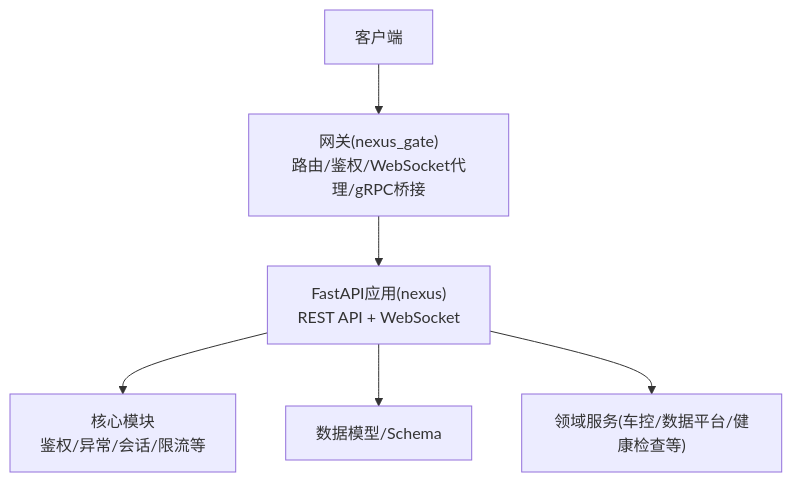
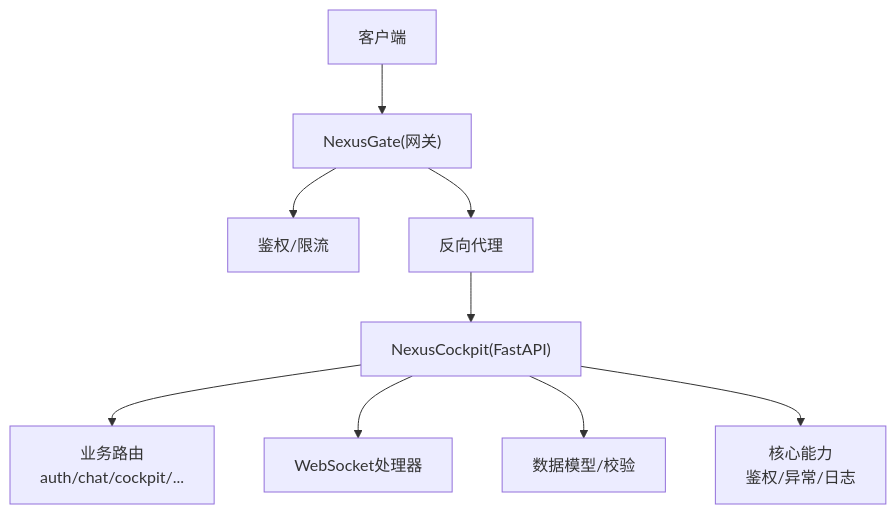
One commit to zmdhdu/NexusCockpit changed the first of 4 diagrams in .qoder/repowiki/zh/content/API接口文档/API接口文档.md. Above: the diagram before and after it, drawn with Mermaid. The commit also changed other lines of this file and 478 other files, not shown here.

````diff
--- a/.qoder/repowiki/zh/content/API接口文档/API接口文档.md
+++ b/.qoder/repowiki/zh/content/API接口文档/API接口文档.md
@@ -53,8 +48,11 @@
 ```mermaid
 graph TB
-Client["客户端"] --> Gateway["网关(nexus_gate)<br/>路由/鉴权/WebSocket代理/gRPC桥接"]
-Gateway --> App["FastAPI应用(nexus)<br/>REST API + WebSocket"]
-App --> Core["核心模块<br/>鉴权/异常/会话/限流等"]
-App --> Models["数据模型/Schema"]
-App --> Services["领域服务(车控/数据平台/健康检查等)"]
+Client["客户端"] --> Gateway["NexusGate(网关)"]
+Gateway --> Auth["鉴权/限流"]
+Gateway --> Proxy["反向代理"]
+Proxy --> App["NexusCockpit(FastAPI)"]
+App --> Routes["业务路由<br/>auth/chat/cockpit/..."]
+App --> WS["WebSocket处理器"]
+App --> Models["数据模型/校验"]
+App --> Core["核心能力<br/>鉴权/异常/日志"]
 ```
````
